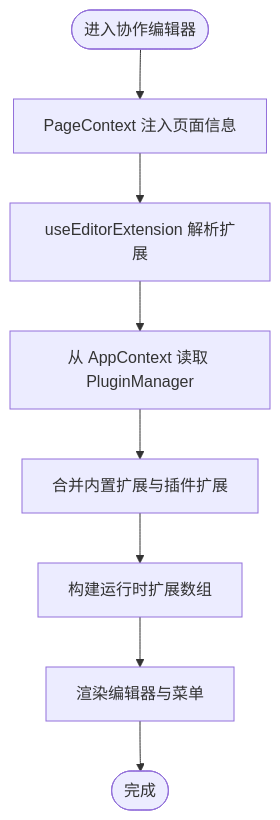
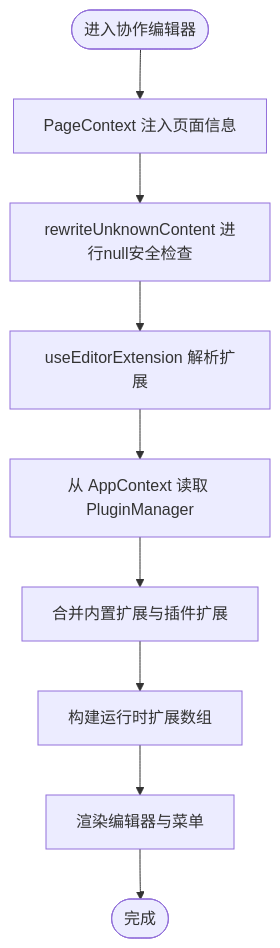
One commit to LRF0422/Kotion changed the fifth of 8 diagrams in .qoder/repowiki/zh/content/核心模块/编辑器核心内核/编辑器核心内核.md. Above: the diagram before and after it, drawn with Mermaid. The commit also changed other lines of this file and 75 other files, not shown here.

````diff
--- a/.qoder/repowiki/zh/content/核心模块/编辑器核心内核/编辑器核心内核.md
+++ b/.qoder/repowiki/zh/content/核心模块/编辑器核心内核/编辑器核心内核.md
@@ -259,10 +298,11 @@
 ```mermaid
 flowchart TD
 Start(["进入协作编辑器"]) --> CtxProv["PageContext 注入页面信息"]
-CtxProv --> Resolve["useEditorExtension 解析扩展"]
+CtxProv --> Rewriter["rewriteUnknownContent 进行null安全检查"]
+Rewriter --> Resolve["useEditorExtension 解析扩展"]
 Resolve --> PMRead["从 AppContext 读取 PluginManager"]
 PMRead --> Merge["合并内置扩展与插件扩展"]
 Merge --> Build["构建运行时扩展数组"]
 Build --> Render["渲染编辑器与菜单"]
 Render --> End(["完成"])
 ```
````
